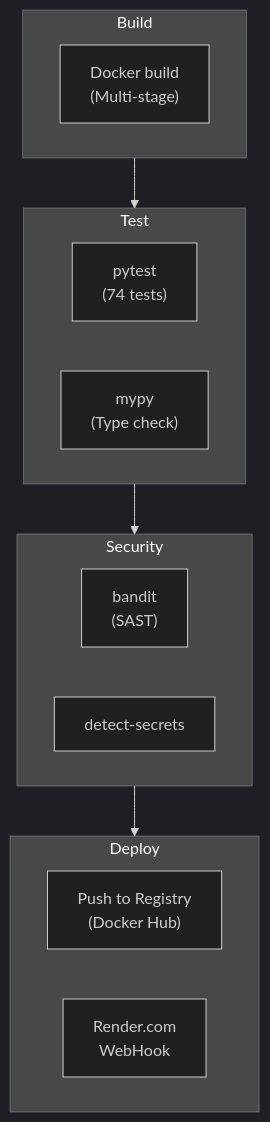
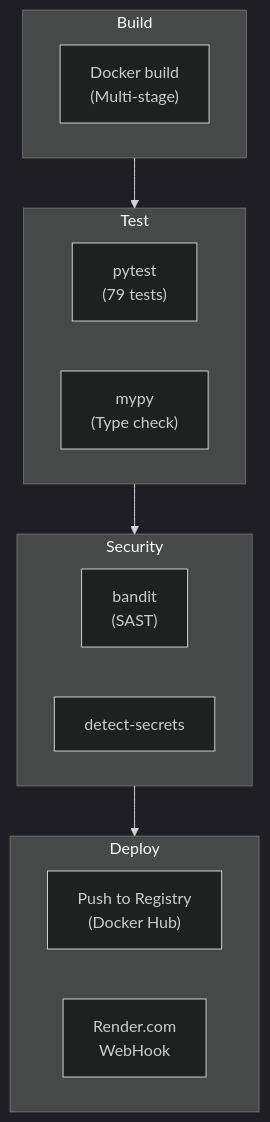
Before and after one commit to Lutvunenko-Dmutro/EnergyMonitor-OLAP: the fourth of 4 diagrams in docs/architecture.md, drawn with Mermaid. The commit also changed 7 other files, not shown here.

````diff
--- a/docs/architecture.md
+++ b/docs/architecture.md
@@ -149,26 +149,26 @@
 ```mermaid
 %%{init: {'theme': 'dark'}}%%
 flowchart TD
     Build[Build Phase] --> Test[Test Phase]
     Test --> Security[Security Phase]
     Security --> Deploy[Deploy Phase]
 
     subgraph Build
         B1["Docker build\n(Multi-stage)"]
     end
 
     subgraph Test
-        T1["pytest\n(74 tests)"]
+        T1["pytest\n(79 tests)"]
         T2["mypy\n(Type check)"]
     end
 
     subgraph Security
         S1["bandit\n(SAST)"]
         S2["detect-secrets"]
     end
 
     subgraph Deploy
         D1["Push to Registry\n(Docker Hub)"]
         D2["Render.com\nWebHook"]
     end
 ```
````
